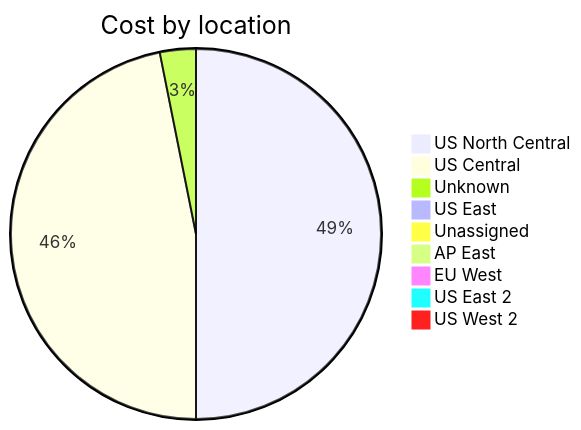
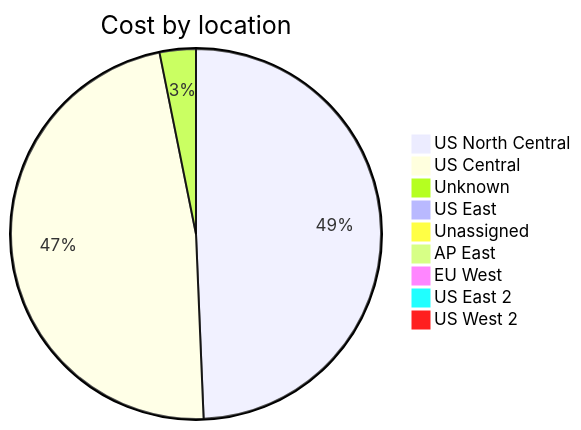
One commit to jpfulton/azure-personal-reports changed the third of 4 diagrams in cost-reports/accumulated-cost.md. Above: the diagram before and after it, drawn with Mermaid. The commit also changed other lines of this file and 4 other files, not shown here.

````diff
--- a/cost-reports/accumulated-cost.md
+++ b/cost-reports/accumulated-cost.md
@@ -131,13 +131,13 @@
 ```mermaid
 pie
    title Cost by location
    "US North Central" : 15.77
-   "US Central" : 14.78
-   "Unknown" : 0.99
-   "US East" : 0.24
+   "US Central" : 15.18
+   "Unknown" : 1.01
+   "US East" : 0.25
    "Unassigned" : 0.10
    "AP East" : 0.00
    "EU West" : 0.00
    "US East 2" : 0.00
    "US West 2" : 0.00
 ```
````
